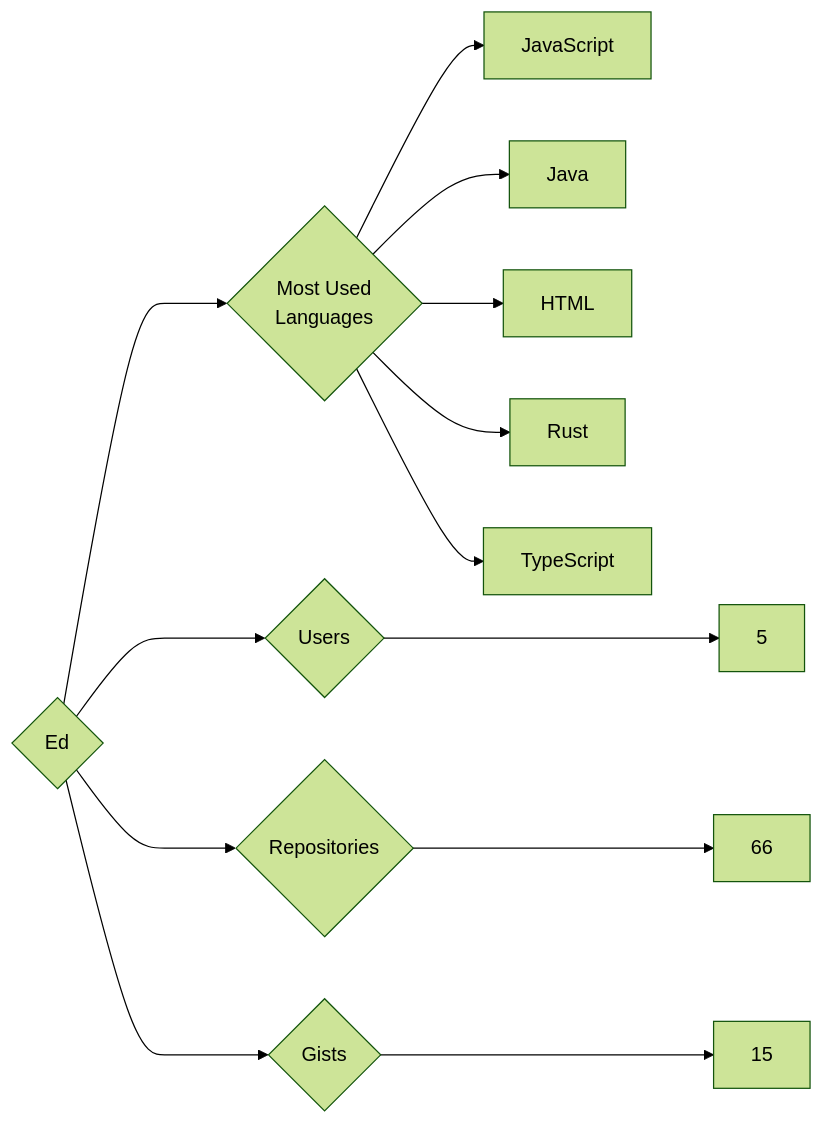
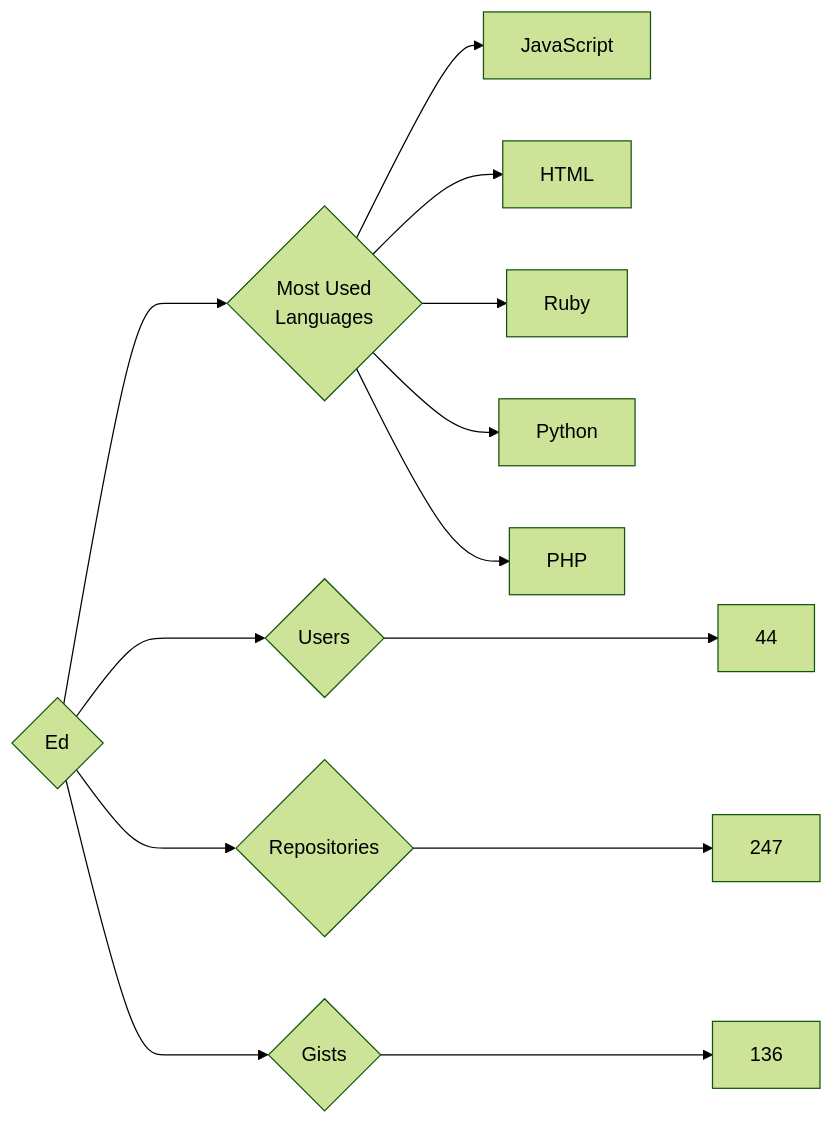
The diagram in targets/Ed/README.md (trickest/insiders), drawn with Mermaid (forest theme) before and after one commit. The commit also changed 639 other files, not shown here.

````diff
--- a/targets/Ed/README.md
+++ b/targets/Ed/README.md
@@ -3,13 +3,13 @@
 ```mermaid
 graph LR
 COMPANY_NAME{Ed}
-COMPANY_NAME ---> U{Users} ---> UN[5]
-COMPANY_NAME ---> R{Repositories} ---> RN[66]
-COMPANY_NAME ---> G{Gists} ---> GN[15]
+COMPANY_NAME ---> U{Users} ---> UN[44]
+COMPANY_NAME ---> R{Repositories} ---> RN[247]
+COMPANY_NAME ---> G{Gists} ---> GN[136]
 COMPANY_NAME ---> ML{Most Used<br>Languages}
 ML --> JavaScript[JavaScript]
-ML --> Java[Java]
 ML --> HTML[HTML]
-ML --> Rust[Rust]
-ML --> TypeScript[TypeScript]
+ML --> Ruby[Ruby]
+ML --> Python[Python]
+ML --> PHP[PHP]
 ```
````
